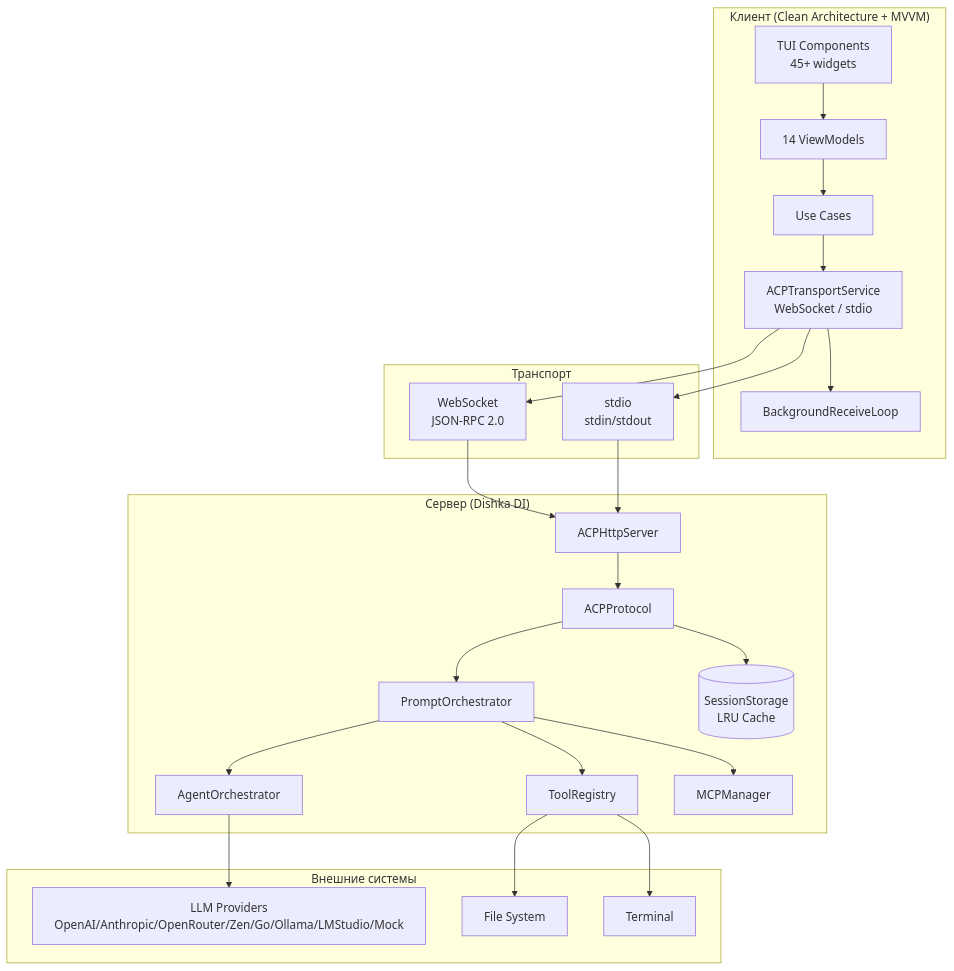
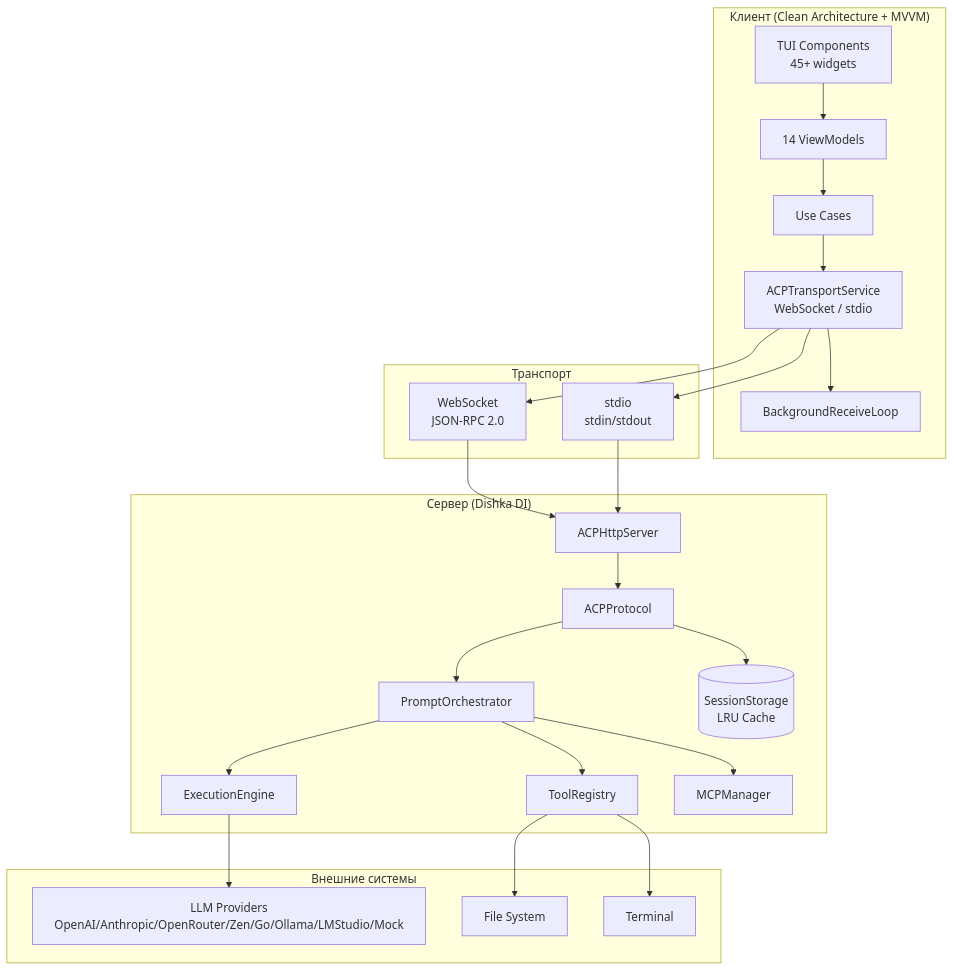
One commit to pese-git/codelab-agent changed the first of 14 diagrams in doc/product/overview/02-architecture.md. Above: the diagram before and after it, drawn with Mermaid. The commit also changed 5 other files, not shown here.

First line of the commit message:
docs: заменить AgentOrchestrator на ExecutionEngine, обновить описания

````diff
--- a/doc/product/overview/02-architecture.md
+++ b/doc/product/overview/02-architecture.md
@@ -9,40 +9,40 @@
 ```mermaid
 graph TB
     subgraph Client["Клиент (Clean Architecture + MVVM)"]
         TUI[TUI Components<br/>45+ widgets]
         VM[14 ViewModels]
         UC[Use Cases]
         TS[ACPTransportService<br/>WebSocket / stdio]
         BgLoop[BackgroundReceiveLoop]
     end
     
     subgraph Transport["Транспорт"]
         WS[WebSocket<br/>JSON-RPC 2.0]
         STDIO[stdio<br/>stdin/stdout]
     end
     
     subgraph Server["Сервер (Dishka DI)"]
         HTTP[ACPHttpServer]
         AP[ACPProtocol]
         PO[PromptOrchestrator]
-        AO[AgentOrchestrator]
+        EE[ExecutionEngine]
         TR[ToolRegistry]
         MCP[MCPManager]
         Storage[(SessionStorage<br/>LRU Cache)]
     end
     
     subgraph External["Внешние системы"]
         LLM[LLM Providers<br/>OpenAI/Anthropic/OpenRouter/Zen/Go/Ollama/LMStudio/Mock]
         FS[File System]
         TERM[Terminal]
     end
     
     TUI --> VM --> UC --> TS
     TS --> BgLoop
     TS --> WS & STDIO
     WS & STDIO --> HTTP --> AP --> PO
-    PO --> AO --> LLM
+    PO --> EE --> LLM
     PO --> TR --> FS & TERM
     PO --> MCP
     AP --> Storage
 ```
````
